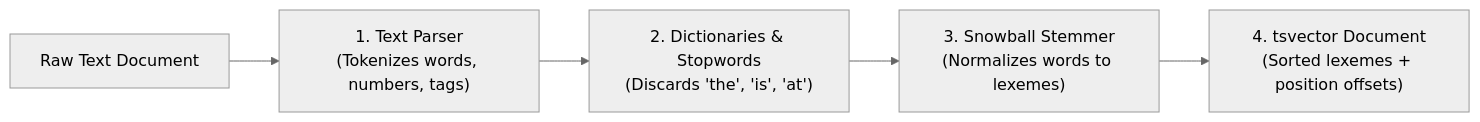
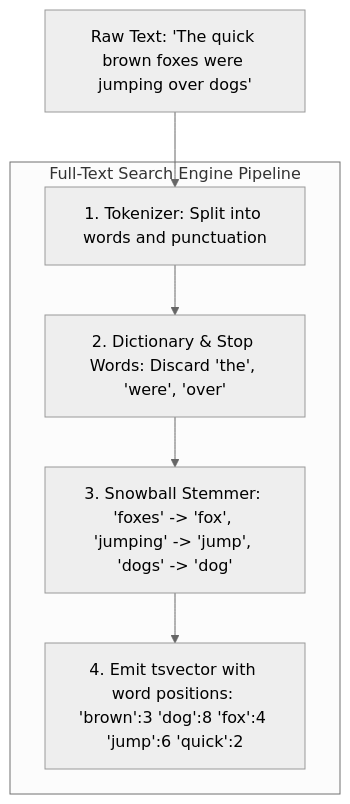
One commit to espoem/zero-to-one changed the third of 4 diagrams in technologies/postgres/modules/05-json-jsonb-and-full-text-search.md. Above: the diagram before and after it, drawn with Mermaid (neutral theme). The commit also changed other lines of this file and 43 other files, not shown here.

````diff
--- a/technologies/postgres/modules/05-json-jsonb-and-full-text-search.md
+++ b/technologies/postgres/modules/05-json-jsonb-and-full-text-search.md
@@ -231,7 +149,13 @@
 ```mermaid
-flowchart LR
-    RawDoc["Raw Text Document"] --> Parser["1. Text Parser<br/>(Tokenizes words, numbers, tags)"]
-    Parser --> Dictionary["2. Dictionaries & Stopwords<br/>(Discards 'the', 'is', 'at')"]
-    Dictionary --> Stemmer["3. Snowball Stemmer<br/>(Normalizes words to lexemes)"]
-    Stemmer --> Vector["4. tsvector Document<br/>(Sorted lexemes + position offsets)"]
+flowchart TD
+    Raw["Raw Text: 'The quick brown foxes were jumping over dogs'"]
+    
+    subgraph FTSPipeline["Full-Text Search Engine Pipeline"]
+        Tokenize["1. Tokenizer: Split into words and punctuation"]
+        Dictionary["2. Dictionary & Stop Words: Discard 'the', 'were', 'over'"]
+        Stemming["3. Snowball Stemmer: 'foxes' -> 'fox', 'jumping' -> 'jump', 'dogs' -> 'dog'"]
+        Emit["4. Emit tsvector with word positions: 'brown':3 'dog':8 'fox':4 'jump':6 'quick':2"]
+    end
+    
+    Raw --> Tokenize --> Dictionary --> Stemming --> Emit
 ```
````
